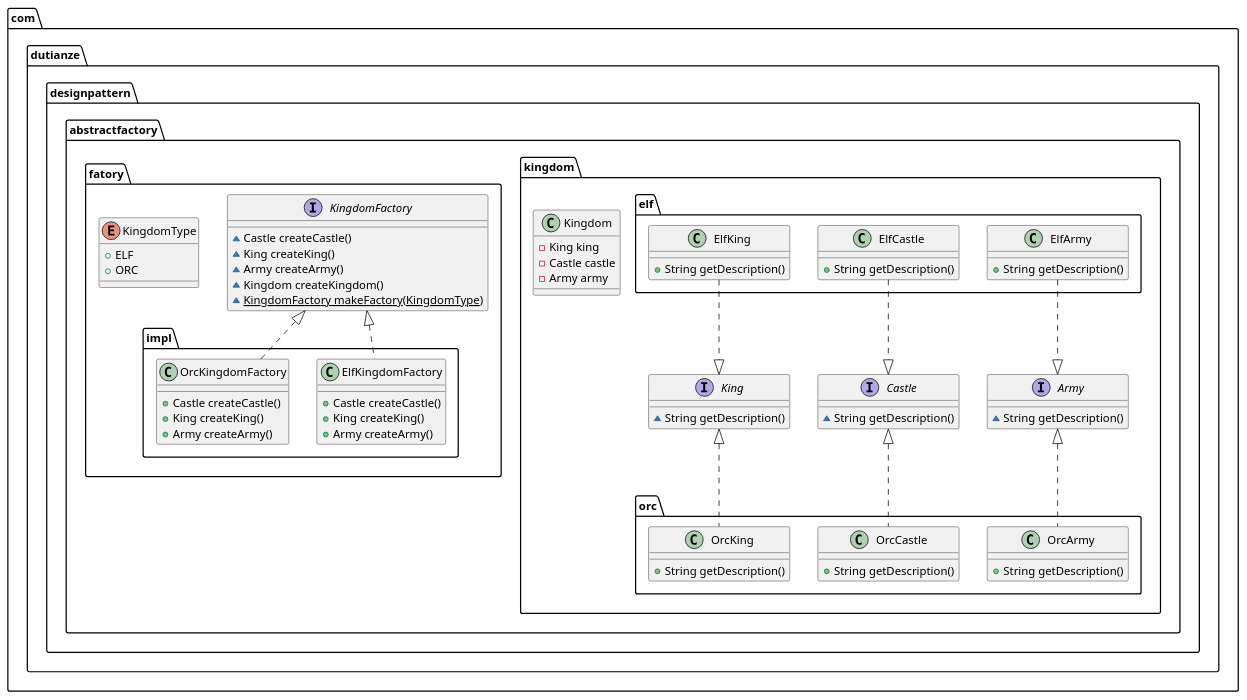
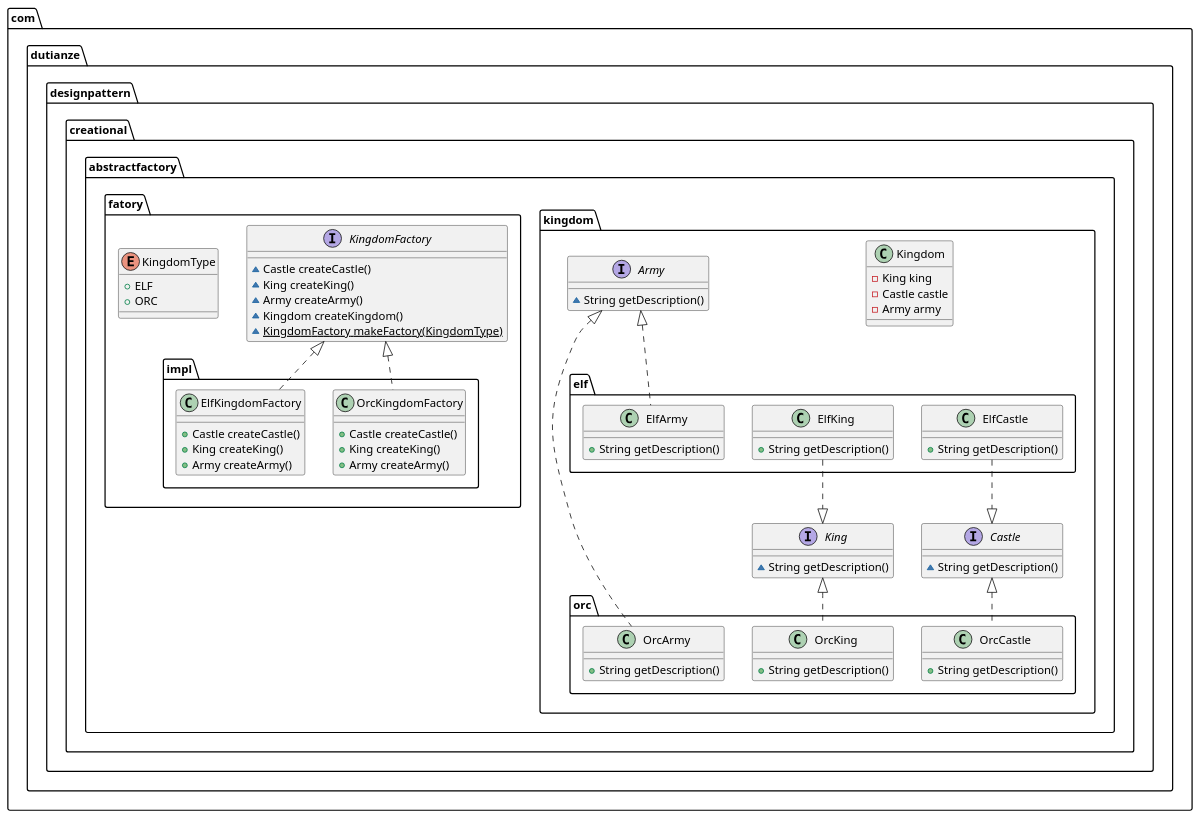
The diagram in design/design-pattern/src/main/java/com/dutianze/designpattern/creational/abstractfactory/abstractfactory.puml (duTianze/my-java), drawn with PlantUML before and after one commit. The commit also changed 35 other files, not shown here.

```diff
--- a/design/design-pattern/src/main/java/com/dutianze/designpattern/creational/abstractfactory/abstractfactory.puml
+++ b/design/design-pattern/src/main/java/com/dutianze/designpattern/creational/abstractfactory/abstractfactory.puml
@@ -1,66 +1,65 @@
 @startuml
-class com.dutianze.designpattern.abstractfactory.kingdom.Kingdom {
-- King king
-- Castle castle
-- Army army
-}
-class com.dutianze.designpattern.abstractfactory.kingdom.orc.OrcKing {
+class com.dutianze.designpattern.creational.abstractfactory.kingdom.orc.OrcKing {
 + String getDescription()
 }
-interface com.dutianze.designpattern.abstractfactory.kingdom.Castle {
-~ String getDescription()
-}
-interface com.dutianze.designpattern.abstractfactory.fatory.KingdomFactory {
+interface com.dutianze.designpattern.creational.abstractfactory.fatory.KingdomFactory {
 ~ Castle createCastle()
 ~ King createKing()
 ~ Army createArmy()
 ~ Kingdom createKingdom()
 ~ {static} KingdomFactory makeFactory(KingdomType)
 }
-enum com.dutianze.designpattern.abstractfactory.fatory.KingdomType {
+enum com.dutianze.designpattern.creational.abstractfactory.fatory.KingdomType {
 +  ELF
 +  ORC
 }
-interface com.dutianze.designpattern.abstractfactory.kingdom.Army {
-~ String getDescription()
-}
-class com.dutianze.designpattern.abstractfactory.kingdom.orc.OrcArmy {
+class com.dutianze.designpattern.creational.abstractfactory.kingdom.elf.ElfArmy {
 + String getDescription()
 }
-class com.dutianze.designpattern.abstractfactory.fatory.impl.ElfKingdomFactory {
+class com.dutianze.designpattern.creational.abstractfactory.fatory.impl.OrcKingdomFactory {
 + Castle createCastle()
 + King createKing()
 + Army createArmy()
 }
-class com.dutianze.designpattern.abstractfactory.kingdom.elf.ElfKing {
+interface com.dutianze.designpattern.creational.abstractfactory.kingdom.King {
+~ String getDescription()
+}
+class com.dutianze.designpattern.creational.abstractfactory.kingdom.elf.ElfCastle {
 + String getDescription()
 }
-class com.dutianze.designpattern.abstractfactory.fatory.impl.OrcKingdomFactory {
+interface com.dutianze.designpattern.creational.abstractfactory.kingdom.Castle {
+~ String getDescription()
+}
+class com.dutianze.designpattern.creational.abstractfactory.fatory.impl.ElfKingdomFactory {
 + Castle createCastle()
 + King createKing()
 + Army createArmy()
 }
-class com.dutianze.designpattern.abstractfactory.kingdom.elf.ElfArmy {
+class com.dutianze.designpattern.creational.abstractfactory.kingdom.Kingdom {
+- King king
+- Castle castle
+- Army army
+}
+class com.dutianze.designpattern.creational.abstractfactory.kingdom.elf.ElfKing {
 + String getDescription()
 }
-class com.dutianze.designpattern.abstractfactory.kingdom.elf.ElfCastle {
+interface com.dutianze.designpattern.creational.abstractfactory.kingdom.Army {
+~ String getDescription()
+}
+class com.dutianze.designpattern.creational.abstractfactory.kingdom.orc.OrcArmy {
 + String getDescription()
 }
-interface com.dutianze.designpattern.abstractfactory.kingdom.King {
-~ String getDescription()
-}
-class com.dutianze.designpattern.abstractfactory.kingdom.orc.OrcCastle {
+class com.dutianze.designpattern.creational.abstractfactory.kingdom.orc.OrcCastle {
 + String getDescription()
 }
 
-com.dutianze.designpattern.abstractfactory.kingdom.King <|.. com.dutianze.designpattern.abstractfactory.kingdom.orc.OrcKing
-com.dutianze.designpattern.abstractfactory.kingdom.Army <|.. com.dutianze.designpattern.abstractfactory.kingdom.orc.OrcArmy
-com.dutianze.designpattern.abstractfactory.kingdom.Castle <|.. com.dutianze.designpattern.abstractfactory.kingdom.orc.OrcCastle
 
-com.dutianze.designpattern.abstractfactory.fatory.KingdomFactory <|.. com.dutianze.designpattern.abstractfactory.fatory.impl.ElfKingdomFactory
-
-com.dutianze.designpattern.abstractfactory.fatory.KingdomFactory <|.. com.dutianze.designpattern.abstractfactory.fatory.impl.OrcKingdomFactory
-com.dutianze.designpattern.abstractfactory.kingdom.Army <|.up. com.dutianze.designpattern.abstractfactory.kingdom.elf.ElfArmy
-com.dutianze.designpattern.abstractfactory.kingdom.Castle <|.up. com.dutianze.designpattern.abstractfactory.kingdom.elf.ElfCastle
-com.dutianze.designpattern.abstractfactory.kingdom.King <|.up. com.dutianze.designpattern.abstractfactory.kingdom.elf.ElfKing
+com.dutianze.designpattern.creational.abstractfactory.kingdom.King <|.. com.dutianze.designpattern.creational.abstractfactory.kingdom.orc.OrcKing
+com.dutianze.designpattern.creational.abstractfactory.kingdom.Army <|.. com.dutianze.designpattern.creational.abstractfactory.kingdom.elf.ElfArmy
+com.dutianze.designpattern.creational.abstractfactory.fatory.KingdomFactory <|.. com.dutianze.designpattern.creational.abstractfactory.fatory.impl.OrcKingdomFactory
+com.dutianze.designpattern.creational.abstractfactory.kingdom.Castle <|.up. com.dutianze.designpattern.creational.abstractfactory.kingdom.elf.ElfCastle
+com.dutianze.designpattern.creational.abstractfactory.fatory.KingdomFactory <|.. com.dutianze.designpattern.creational.abstractfactory.fatory.impl.ElfKingdomFactory
+com.dutianze.designpattern.creational.abstractfactory.kingdom.King <|.up. com.dutianze.designpattern.creational.abstractfactory.kingdom.elf.ElfKing
+com.dutianze.designpattern.creational.abstractfactory.kingdom.Army <|.. com.dutianze.designpattern.creational.abstractfactory.kingdom.orc.OrcArmy
+com.dutianze.designpattern.creational.abstractfactory.kingdom.Castle <|.. com.dutianze.designpattern.creational.abstractfactory.kingdom.orc.OrcCastle
 @enduml
```
